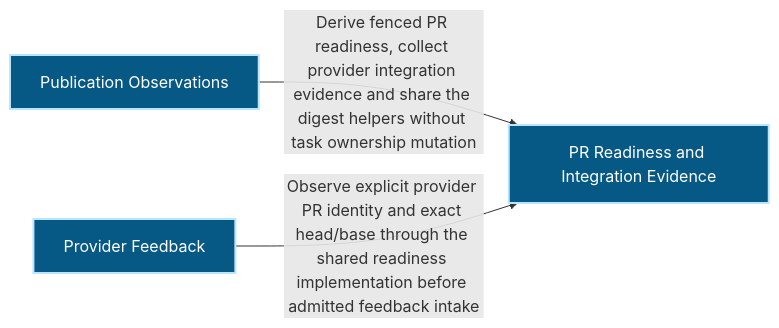
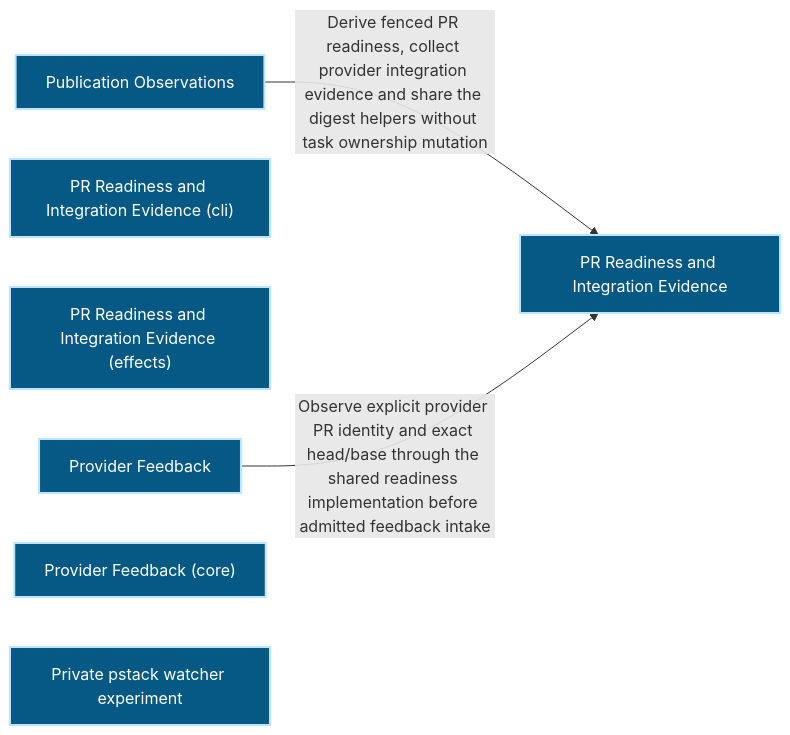
Before and after one commit to Ancienttwo/repo-harness: the first of 2 diagrams in docs/architecture/modules/organization/publication.md, drawn with Mermaid. The commit also changed other lines of this file and 32 other files, not shown here.

First line of the commit message:
chore(projection): refresh generated architecture outputs for main@4c37d26d25c7

````diff
--- a/docs/architecture/modules/organization/publication.md
+++ b/docs/architecture/modules/organization/publication.md
@@ -16,12 +16,16 @@
 ```mermaid
 flowchart LR
   p1_capability_organization_publication_44355620["Publication Observations"]:::component
   p1_component_publication_primary_d7ca6a90["PR Readiness and Integration Evidence"]:::component
+  p1_component_publication_primary_cli_a7b5a61d["PR Readiness and Integration Evidence (cli)"]:::component
+  p1_component_publication_primary_effects_bd69bb4d["PR Readiness and Integration Evidence (effects)"]:::component
   p1_component_publication_provider_feedback_f0705608["Provider Feedback"]:::component
+  p1_component_publication_provider_feedback_core_c57734cf["Provider Feedback (core)"]:::component
+  p1_component_publication_pstack_watch_pr_experiment_194e9efb["Private pstack watcher experiment"]:::component
   p1_capability_organization_publication_44355620 -->|"Derive fenced PR readiness#44; collect provider integration evidence and share the digest helpers without task ownership mutation"| p1_component_publication_primary_d7ca6a90
   p1_component_publication_provider_feedback_f0705608 -->|"Observe explicit provider PR identity and exact head/base through the shared readiness implementation before admitted feedback intake"| p1_component_publication_primary_d7ca6a90
   classDef actor fill:#111827,color:#ffffff,stroke:#f9fafb,stroke-width:2px
   classDef component fill:#075985,color:#ffffff,stroke:#bae6fd,stroke-width:2px
   classDef datastore fill:#3f6212,color:#ffffff,stroke:#d9f99d,stroke-width:2px
   classDef external fill:#7c2d12,color:#ffffff,stroke:#fed7aa,stroke-width:2px
 ```
````
